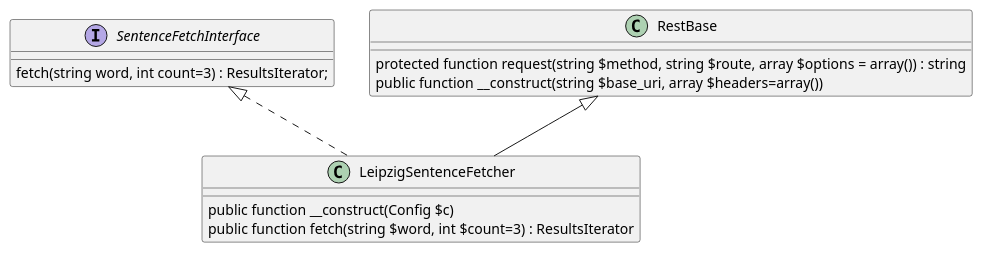
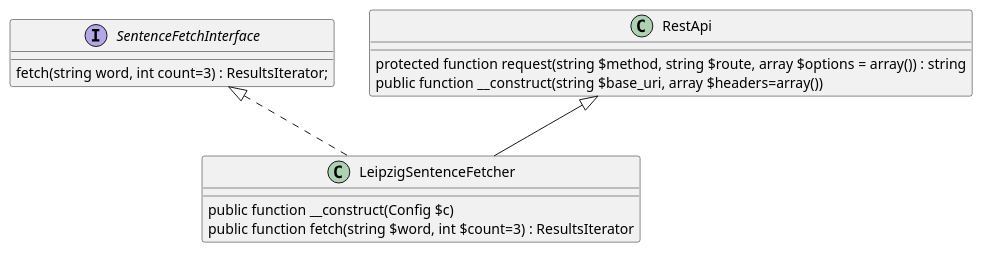
Before and after one commit to kurt-krueckeberg/language-translation-dictionary-lookup: the diagram in plantuml/sentence-fetcher.puml, drawn with PlantUML. The commit also changed 1 other file, not shown here.

```diff
--- a/plantuml/sentence-fetcher.puml
+++ b/plantuml/sentence-fetcher.puml
@@ -1,15 +1,15 @@
 interface SentenceFetchInterface  { 
 
    fetch(string word, int count=3) : ResultsIterator;
 }
 
-class RestBase {
+class RestApi {
    protected function request(string $method, string $route, array $options = array()) : string
    public function __construct(string $base_uri, array $headers=array())
 }
 
-class LeipzigSentenceFetcher extends RestBase implements SentenceFetchInterface {
+class LeipzigSentenceFetcher extends RestApi implements SentenceFetchInterface {
   
    public function __construct(Config $c)  
    public function fetch(string $word, int $count=3) : ResultsIterator  
   }
```
